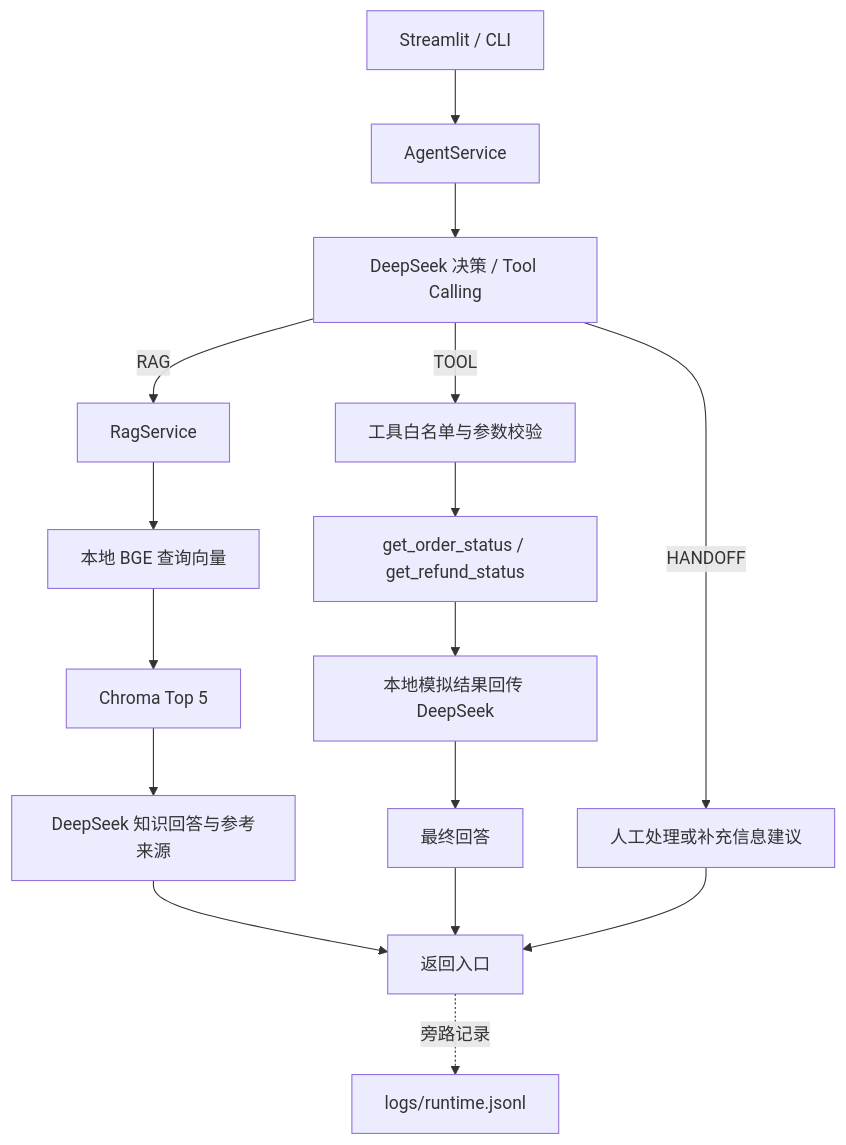
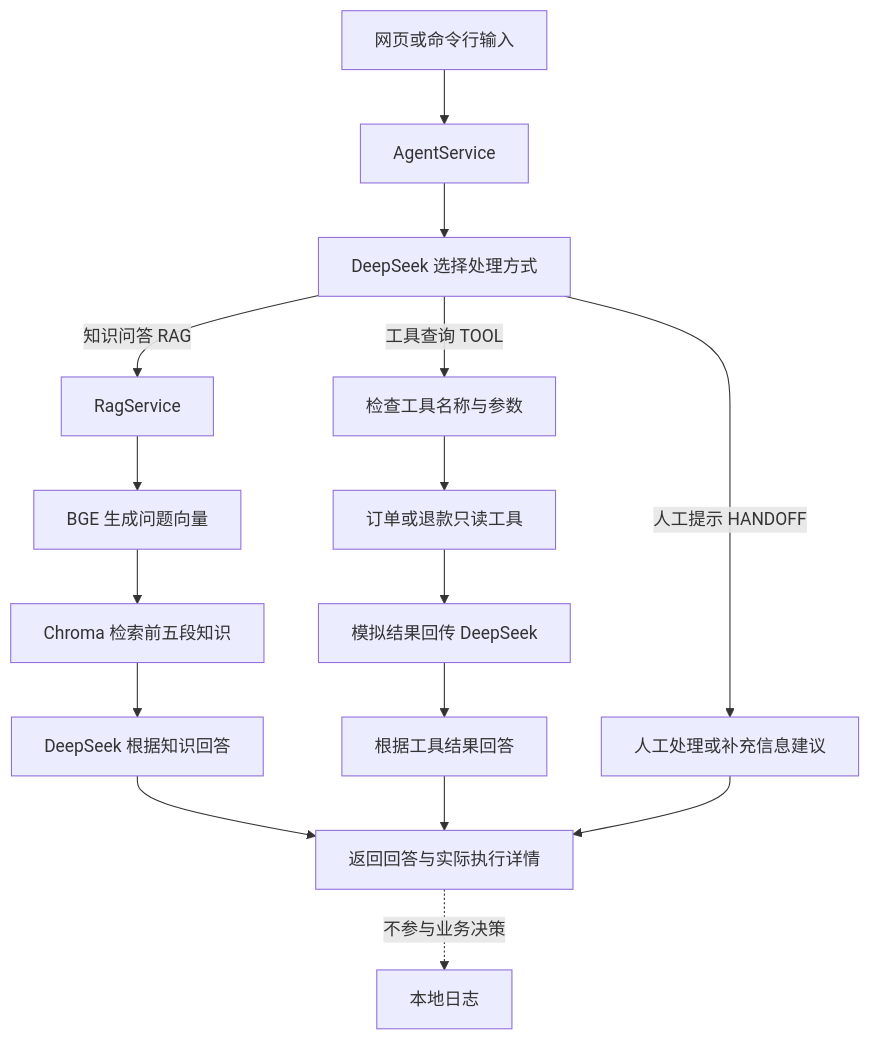
One commit to Enavant0/aura-labs-ai-customer-service-agent changed the diagram in docs/ARCHITECTURE.md. Above: the diagram before and after it, drawn with Mermaid. The commit also changed other lines of this file and 5 other files, not shown here.

````diff
--- a/docs/ARCHITECTURE.md
+++ b/docs/ARCHITECTURE.md
@@ -7,18 +11,18 @@
 ```mermaid
 flowchart TD
-    U[Streamlit / CLI] --> A[AgentService]
-    A --> D[DeepSeek 决策 / Tool Calling]
-    D -->|RAG| R[RagService]
-    R --> B[本地 BGE 查询向量]
-    B --> C[Chroma Top 5]
-    C --> G[DeepSeek 知识回答与参考来源]
-    D -->|TOOL| V[工具白名单与参数校验]
-    V --> T[get_order_status / get_refund_status]
-    T --> M[本地模拟结果回传 DeepSeek]
-    M --> F[最终回答]
-    D -->|HANDOFF| H[人工处理或补充信息建议]
-    G --> O[返回入口]
+    U[网页或命令行输入] --> A[AgentService]
+    A --> D[DeepSeek 选择处理方式]
+    D -->|知识问答 RAG| R[RagService]
+    R --> B[BGE 生成问题向量]
+    B --> C[Chroma 检索前五段知识]
+    C --> G[DeepSeek 根据知识回答]
+    D -->|工具查询 TOOL| V[检查工具名称与参数]
+    V --> T[订单或退款只读工具]
+    T --> M[模拟结果回传 DeepSeek]
+    M --> F[根据工具结果回答]
+    D -->|人工提示 HANDOFF| H[人工处理或补充信息建议]
+    G --> O[返回回答与实际执行详情]
     F --> O
     H --> O
-    O -. 旁路记录 .-> L[logs/runtime.jsonl]
+    O -. 不参与业务决策 .-> L[本地日志]
 ```
````
